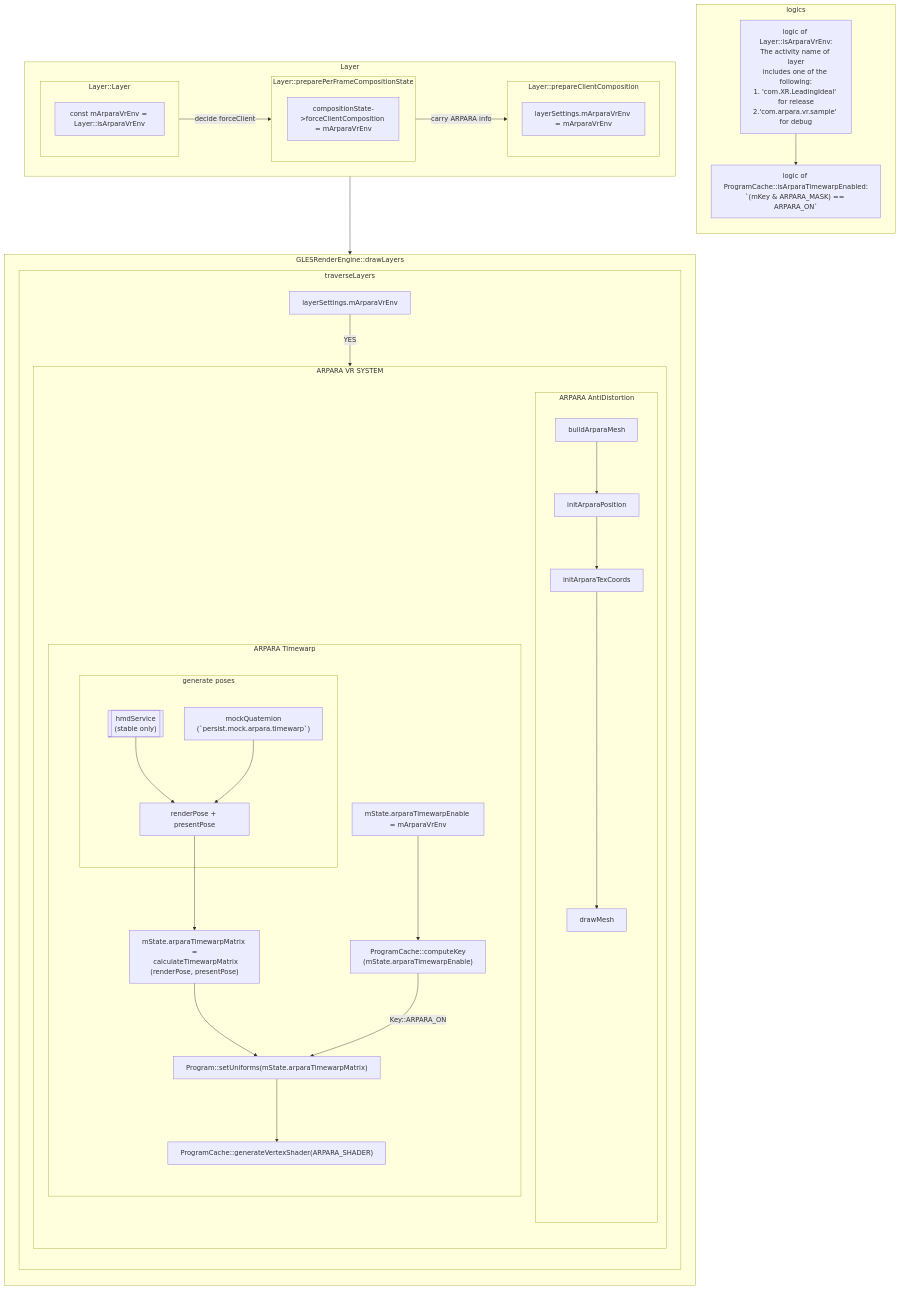
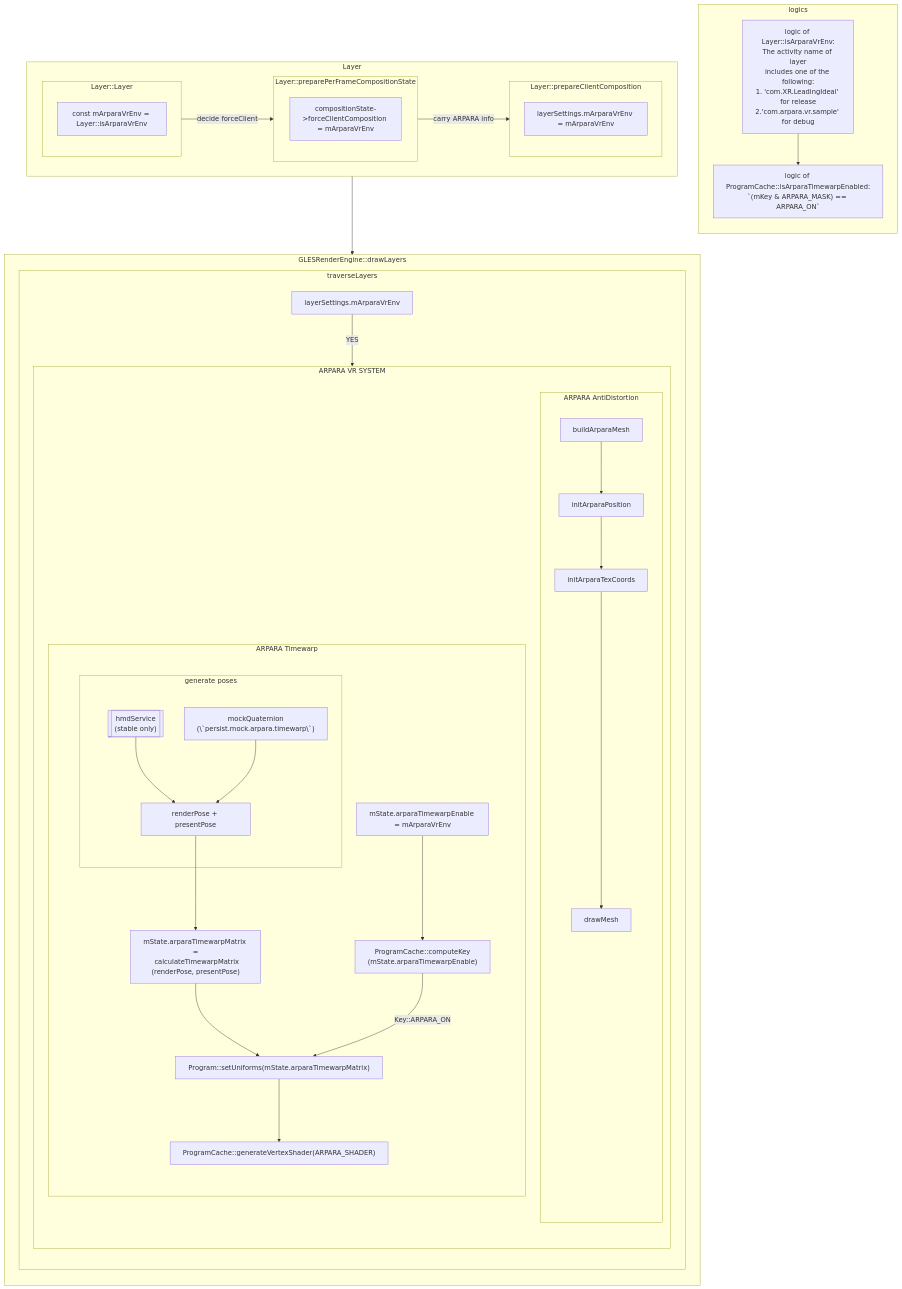
The diagram in docs/AndroidFramework/arpara-vr-logic.md (MarkShawn2020/docusaurus), drawn with Mermaid before and after one commit. The commit also changed other lines of this file and 6 other files, not shown here.

````diff
--- a/docs/AndroidFramework/arpara-vr-logic.md
+++ b/docs/AndroidFramework/arpara-vr-logic.md
@@ -42,73 +51,73 @@
 ```mermaid
 flowchart TD;
 
 subgraph logics
 direction TB
 
     Layer::isArparaVrEnv["logic of Layer::isArparaVrEnv:\nThe activity name of layer\nincludes one of the following:\n1. 'com.XR.LeadingIdeal' for release\n2.'com.arpara.vr.sample' for debug"]
 
     --> 
     isTimewarpEnabled["logic of ProgramCache::isArparaTimewarpEnabled:\n`(mKey & ARPARA_MASK) == ARPARA_ON`"]
 end
 
 subgraph initLayer[Layer::Layer]
     initArparaVrEnv[const mArparaVrEnv = Layer::isArparaVrEnv]
 end
 
 subgraph prepareFrame[Layer::preparePerFrameCompositionState]
 forceClient[compositionState->forceClientComposition = mArparaVrEnv]
 end
 
 subgraph prepareClientComposition[Layer::prepareClientComposition]
 settingLayer[layerSettings.mArparaVrEnv = mArparaVrEnv]
 end
 
 subgraph drawLayers[GLESRenderEngine::drawLayers]
 direction TB
     subgraph traverseLayers
     direction TB
         layerSettings.mArparaVrEnv -- YES --> arparaVr
     end
 end
 
 subgraph arparaVr[ARPARA VR SYSTEM]
 direction TB
     antiDistortion & timewarp 
 end
 
 subgraph antiDistortion[ARPARA AntiDistortion]
 direction TB
     buildArparaMesh
     --> initArparaPosition
     --> initArparaTexCoords
     --> drawMesh
 end
 
 
 subgraph timewarp[ARPARA Timewarp]
 direction TB
 
     subgraph inputPoses[generate poses]
-        hmdService[["hmdService\n(stable only)"]] & mockQuaternion["mockQuaternion\n(`persist.mock.arpara.timewarp`)"]
+        hmdService[["hmdService\n(stable only)"]] & mockQuaternion["mockQuaternion\n(\`persist.mock.arpara.timewarp\`)"]
         --> poses[renderPose + presentPose]
     end
 
 
     poses
     --> setTimewarpMatrix["mState.arparaTimewarpMatrix =\n calculateTimewarpMatrix\n(renderPose, presentPose)"]
     --> setUniform["Program::setUniforms(mState.arparaTimewarpMatrix)"]
     --> generateVertexShader["ProgramCache::generateVertexShader(ARPARA_SHADER)"]
 
     enableTimewarp[mState.arparaTimewarpEnable \n= mArparaVrEnv]
     --> calculateNeeds["ProgramCache::computeKey\n(mState.arparaTimewarpEnable)"]
     -- Key::ARPARA_ON --> setUniform
 end
 
 subgraph Layer
     initLayer 
     -- decide forceClient --> prepareFrame 
     -- carry ARPARA info --> prepareClientComposition
 end
 
 Layer --> drawLayers
 ```
````
